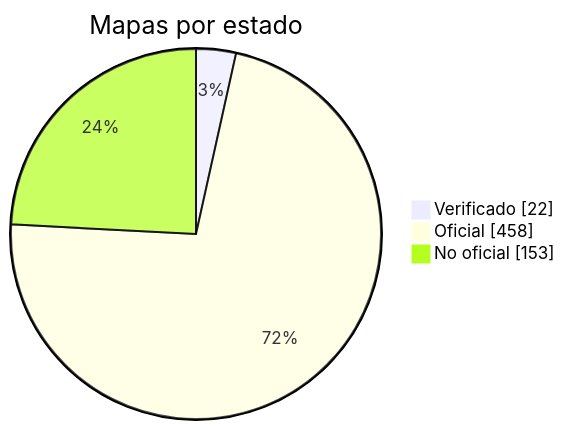
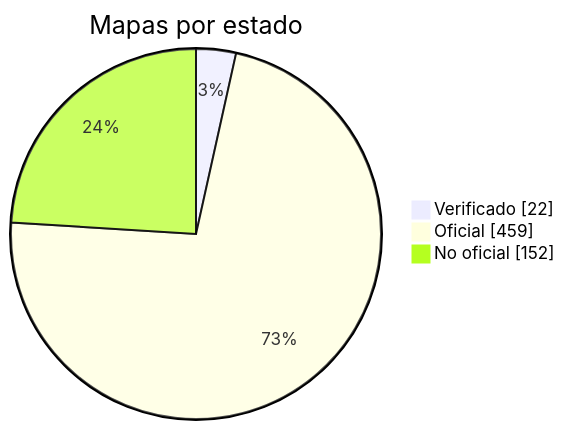
Before and after one commit to nobrega8/mbmap-library: the diagram in docs/readme/README_ES.md, drawn with Mermaid. The commit also changed 6 other files, not shown here.

````diff
--- a/docs/readme/README_ES.md
+++ b/docs/readme/README_ES.md
@@ -54,7 +54,7 @@
 ```mermaid
 pie showData
     title Mapas por estado
     "Verificado" : 22
-    "Oficial" : 458
-    "No oficial" : 153
+    "Oficial" : 459
+    "No oficial" : 152
 ```
````
